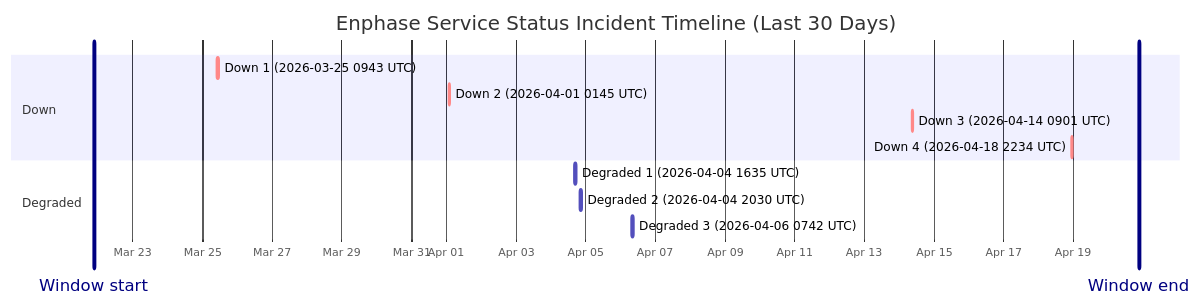
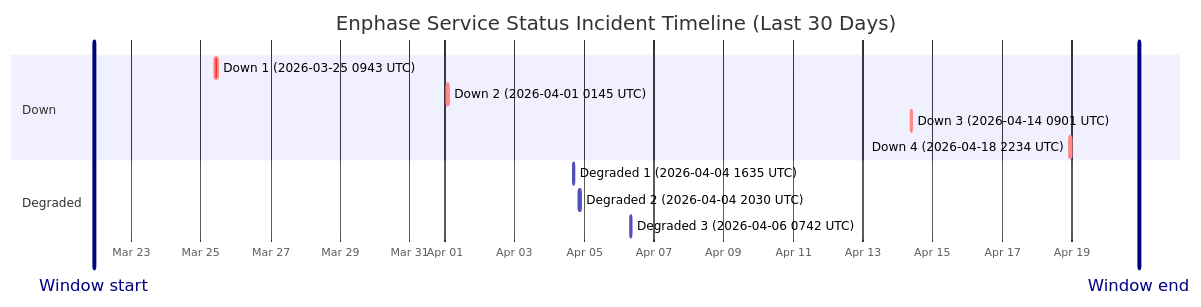
The diagram in wiki/Service-Status-History.md (barneyonline/ha-enphase-ev-charger), drawn with Mermaid before and after one commit. The commit also changed other lines of this file and 3 other files, not shown here.

````diff
--- a/wiki/Service-Status-History.md
+++ b/wiki/Service-Status-History.md
@@ -14,17 +14,17 @@
 ```mermaid
 gantt
     title Enphase Service Status Incident Timeline (Last 30 Days)
     dateFormat  YYYY-MM-DDTHH:mm:ss
     axisFormat  %b %d
-    Window start :vert, window-start, 2026-03-21T21:10:31, 0ms
-    Window end :vert, window-end, 2026-04-20T21:10:31, 0ms
+    Window start :vert, window-start, 2026-03-21T22:08:11, 0ms
+    Window end :vert, window-end, 2026-04-20T22:08:11, 0ms
     section Down
     Down 1 (2026-03-25 0943 UTC) :crit, down-1, 2026-03-25T09:43:28, 111m
     Down 2 (2026-04-01 0145 UTC) :crit, down-2, 2026-04-01T01:45:09, 60m
     Down 3 (2026-04-14 0901 UTC) :crit, down-3, 2026-04-14T09:01:13, 60m
     Down 4 (2026-04-18 2234 UTC) :crit, down-4, 2026-04-18T22:34:13, 60m
     section Degraded
     Degraded 1 (2026-04-04 1635 UTC) :active, degraded-1, 2026-04-04T16:35:17, 60m
     Degraded 2 (2026-04-04 2030 UTC) :active, degraded-2, 2026-04-04T20:30:40, 60m
     Degraded 3 (2026-04-06 0742 UTC) :active, degraded-3, 2026-04-06T07:42:09, 85m
 ```
````
